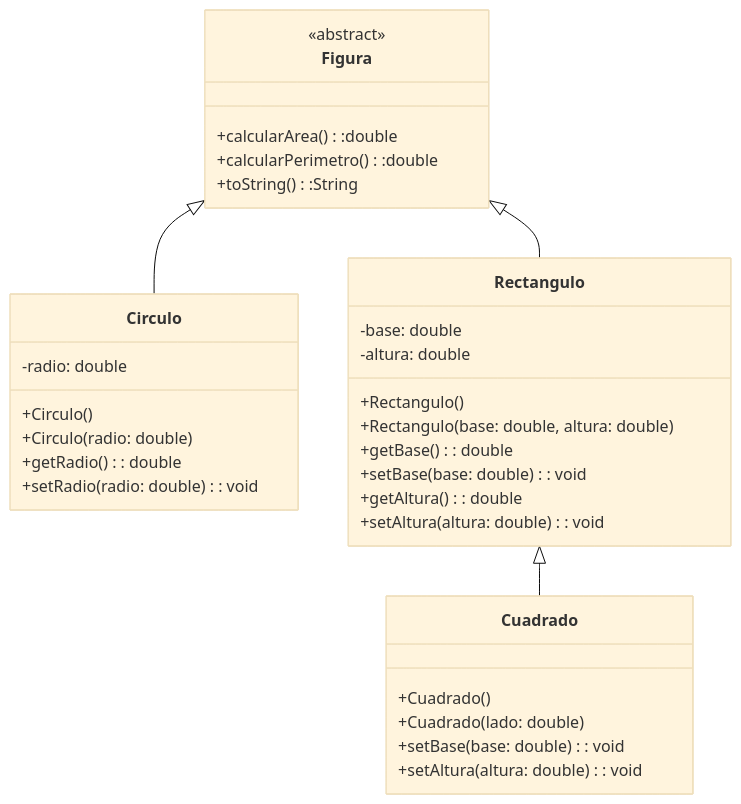
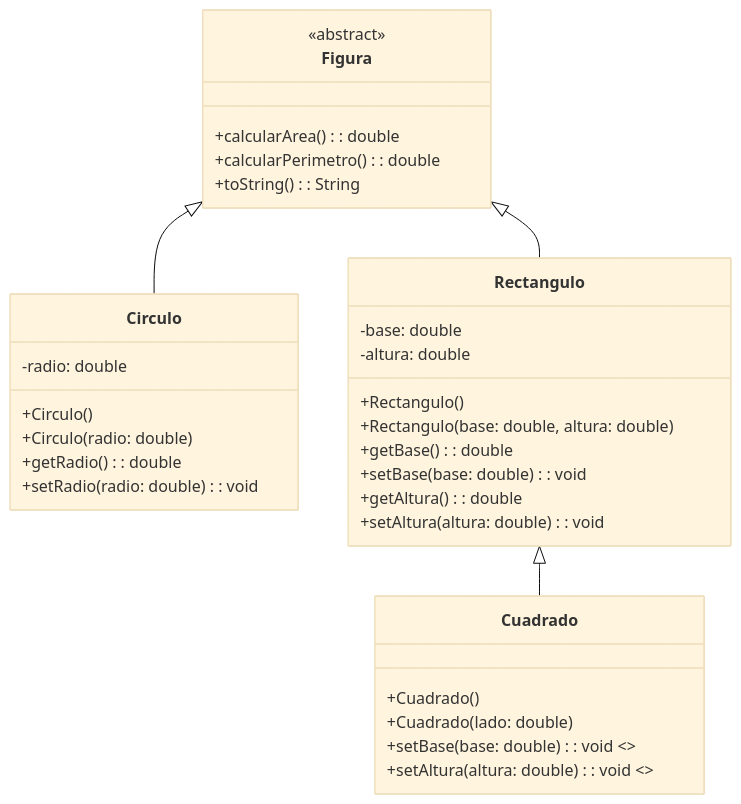
One commit to Salvador-GA/APALOO changed the diagram in 1.5 EjClaseAbstracta/README.md. Above: the diagram before and after it, drawn with Mermaid (base theme).

````diff
--- a/1.5 EjClaseAbstracta/README.md
+++ b/1.5 EjClaseAbstracta/README.md
@@ -3,40 +3,39 @@
 ```mermaid
 classDiagram
     class Figura {
         <<abstract>>
-        +calcularArea():double
-        +calcularPerimetro():double
-        +toString():String
+        +calcularArea(): double
+        +calcularPerimetro(): double
+        +toString(): String
     }
 
     class Circulo {
         -radio: double
         +Circulo()
         +Circulo(radio: double)
         +getRadio(): double
         +setRadio(radio: double): void
     }
 
     class Rectangulo {
         -base: double
         -altura: double
         +Rectangulo()
         +Rectangulo(base: double, altura: double)
         +getBase(): double
         +setBase(base: double): void
         +getAltura(): double
         +setAltura(altura: double): void
     }
 
     class Cuadrado {
         +Cuadrado()
         +Cuadrado(lado: double)
-        +setBase(base: double): void
-        +setAltura(altura: double): void
+        +setBase(base: double): void <<override>>
+        +setAltura(altura: double): void <<override>>
     }
 
     Figura <|-- Circulo
     Figura <|-- Rectangulo
     Rectangulo <|-- Cuadrado
-
 ```
````
